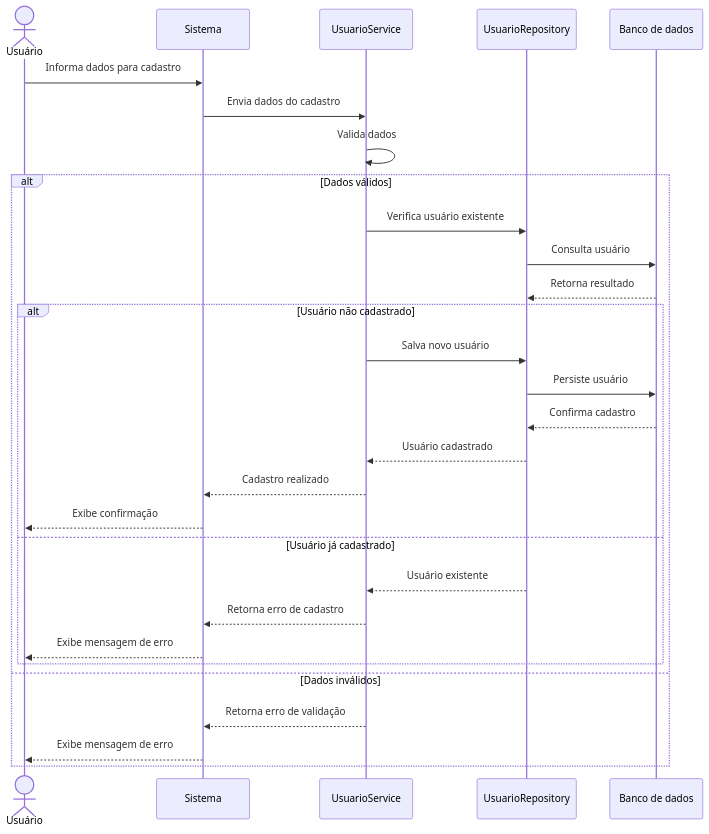
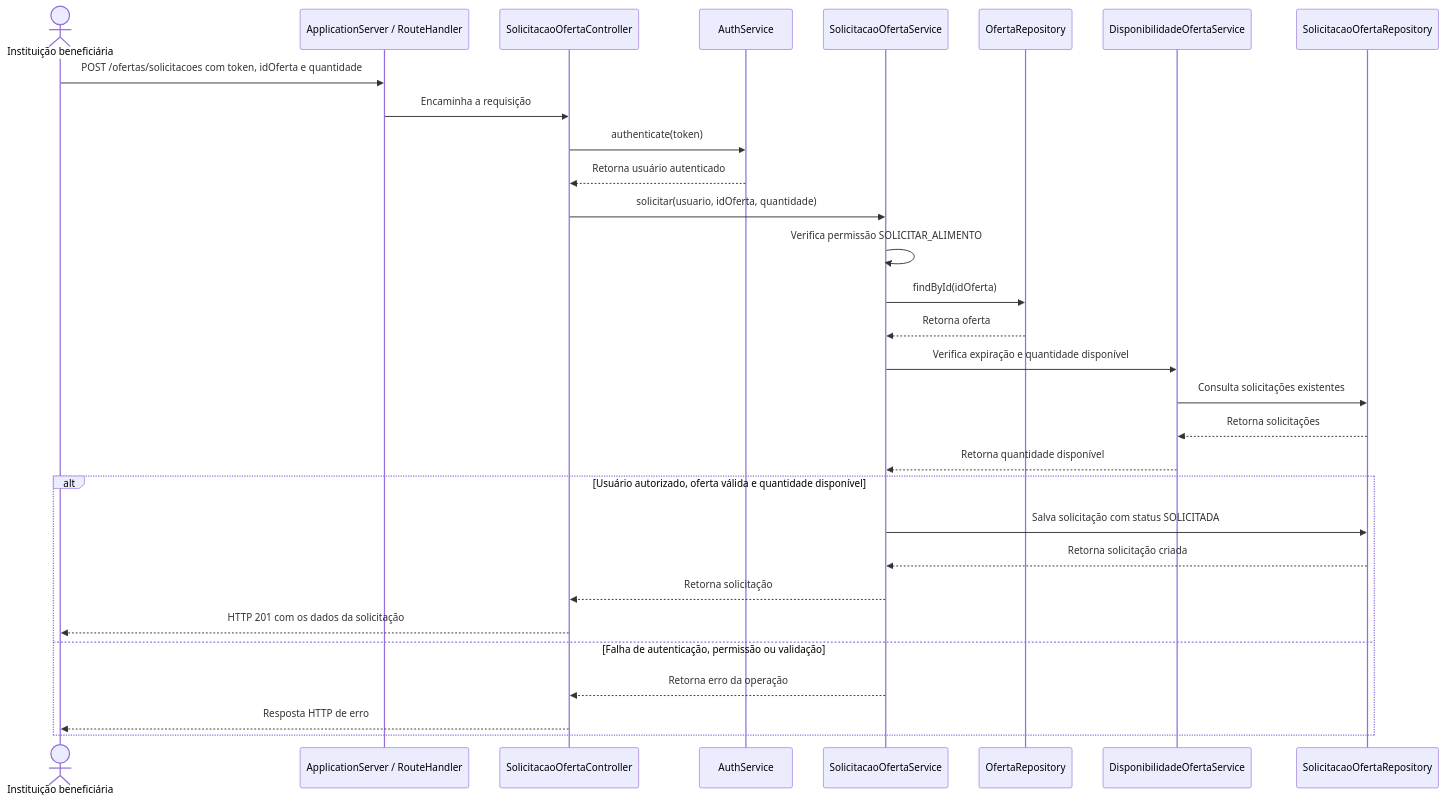
The first of 2 diagrams in modelaem/modelagem.md (liviafgs/TrabalhoPratico-eng-software), drawn with Mermaid before and after one commit. The commit also changed other lines of this file, not shown here.

````diff
--- a/modelaem/modelagem.md
+++ b/modelaem/modelagem.md
@@ -18,35 +14,34 @@
 ```mermaid
 sequenceDiagram
-    actor Usuario as Usuário
-    participant Sistema as Sistema
-    participant Service as UsuarioService
-    participant Repository as UsuarioRepository
-    participant Banco as Banco de dados
+    actor Instituicao as Instituição beneficiária
+    participant Servidor as ApplicationServer / RouteHandler
+    participant Controller as SolicitacaoOfertaController
+    participant Auth as AuthService
+    participant Service as SolicitacaoOfertaService
+    participant OfertaRepo as OfertaRepository
+    participant Disponibilidade as DisponibilidadeOfertaService
+    participant SolicitacaoRepo as SolicitacaoOfertaRepository
 
-    Usuario->>Sistema: Informa dados para cadastro
-    Sistema->>Service: Envia dados do cadastro
-    Service->>Service: Valida dados
+    Instituicao->>Servidor: POST /ofertas/solicitacoes com token, idOferta e quantidade
+    Servidor->>Controller: Encaminha a requisição
+    Controller->>Auth: authenticate(token)
+    Auth-->>Controller: Retorna usuário autenticado
+    Controller->>Service: solicitar(usuario, idOferta, quantidade)
+    Service->>Service: Verifica permissão SOLICITAR_ALIMENTO
+    Service->>OfertaRepo: findById(idOferta)
+    OfertaRepo-->>Service: Retorna oferta
+    Service->>Disponibilidade: Verifica expiração e quantidade disponível
+    Disponibilidade->>SolicitacaoRepo: Consulta solicitações existentes
+    SolicitacaoRepo-->>Disponibilidade: Retorna solicitações
+    Disponibilidade-->>Service: Retorna quantidade disponível
 
-    alt Dados válidos
-        Service->>Repository: Verifica usuário existente
-        Repository->>Banco: Consulta usuário
-        Banco-->>Repository: Retorna resultado
-
-        alt Usuário não cadastrado
-            Service->>Repository: Salva novo usuário
-            Repository->>Banco: Persiste usuário
-            Banco-->>Repository: Confirma cadastro
-            Repository-->>Service: Usuário cadastrado
-            Service-->>Sistema: Cadastro realizado
-            Sistema-->>Usuario: Exibe confirmação
-        else Usuário já cadastrado
-            Repository-->>Service: Usuário existente
-            Service-->>Sistema: Retorna erro de cadastro
-            Sistema-->>Usuario: Exibe mensagem de erro
-        end
-
-    else Dados inválidos
-        Service-->>Sistema: Retorna erro de validação
-        Sistema-->>Usuario: Exibe mensagem de erro
+    alt Usuário autorizado, oferta válida e quantidade disponível
+        Service->>SolicitacaoRepo: Salva solicitação com status SOLICITADA
+        SolicitacaoRepo-->>Service: Retorna solicitação criada
+        Service-->>Controller: Retorna solicitação
+        Controller-->>Instituicao: HTTP 201 com os dados da solicitação
+    else Falha de autenticação, permissão ou validação
+        Service-->>Controller: Retorna erro da operação
+        Controller-->>Instituicao: Resposta HTTP de erro
     end
 ```
````
